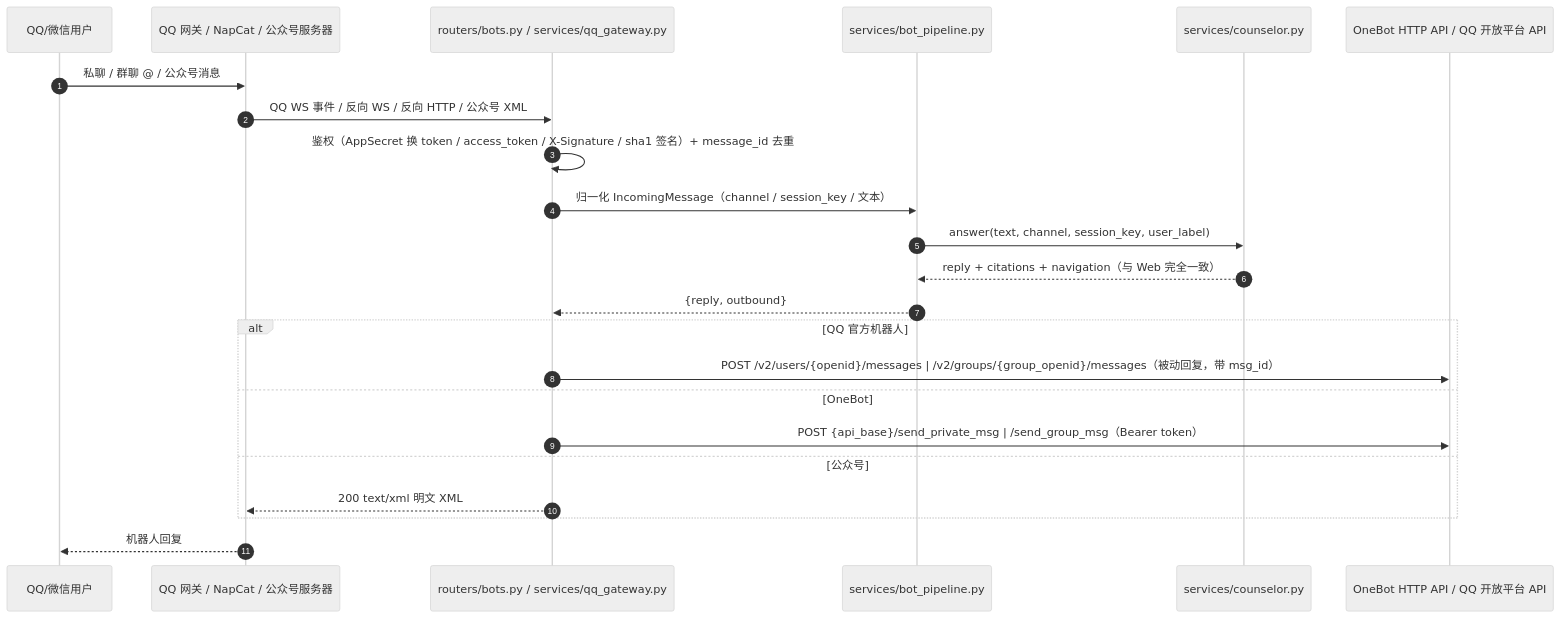
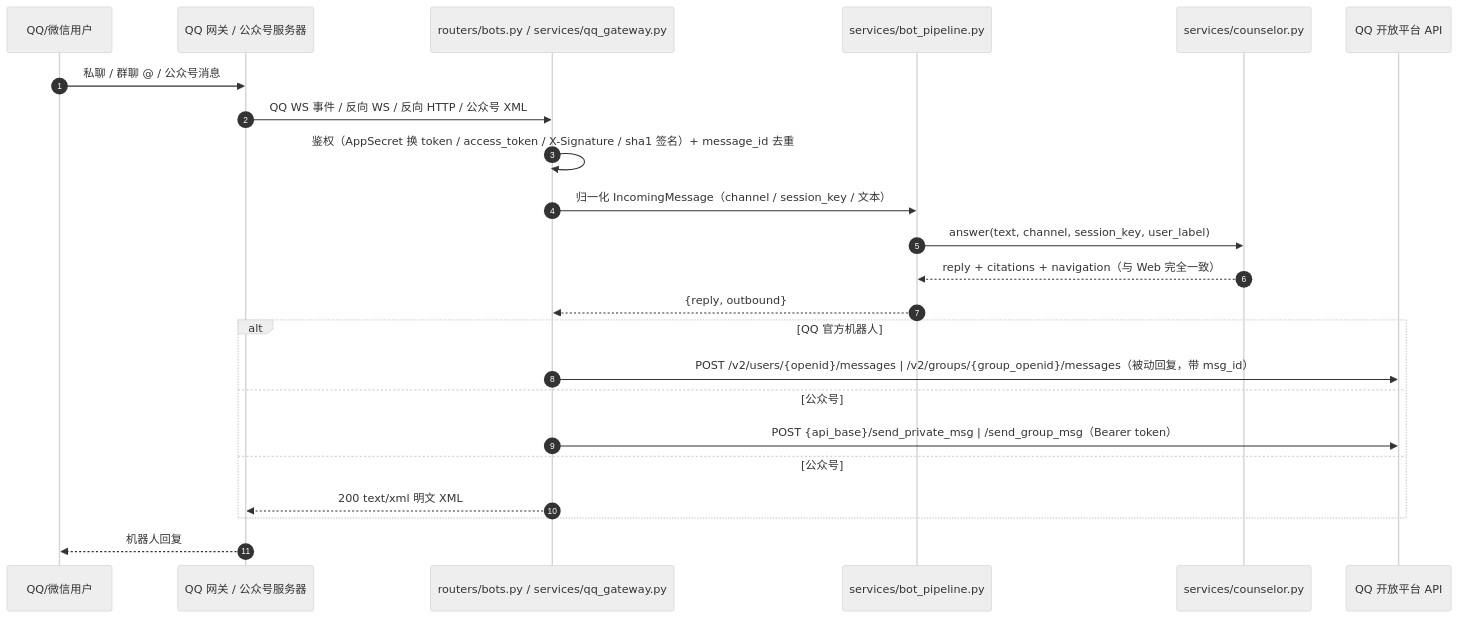
Before and after one commit to kaijiefeng/NPU-Assistant: the fourth of 5 diagrams in docs/ARCHITECTURE.md, drawn with Mermaid (neutral theme). The commit also changed other lines of this file and 78 other files, not shown here.

````diff
--- a/docs/ARCHITECTURE.md
+++ b/docs/ARCHITECTURE.md
@@ -187,26 +185,26 @@
 ```mermaid
 sequenceDiagram
     autonumber
     participant Q as QQ/微信用户
-    participant N as QQ 网关 / NapCat / 公众号服务器
+    participant N as QQ 网关 / 公众号服务器
     participant B as routers/bots.py / services/qq_gateway.py
     participant P as services/bot_pipeline.py
     participant S as services/counselor.py
-    participant A as OneBot HTTP API / QQ 开放平台 API
+    participant A as QQ 开放平台 API
 
     Q->>N: 私聊 / 群聊 @ / 公众号消息
     N->>B: QQ WS 事件 / 反向 WS / 反向 HTTP / 公众号 XML
     B->>B: 鉴权（AppSecret 换 token / access_token / X-Signature / sha1 签名）+ message_id 去重
     B->>P: 归一化 IncomingMessage（channel / session_key / 文本）
     P->>S: answer(text, channel, session_key, user_label)
     S-->>P: reply + citations + navigation（与 Web 完全一致）
     P-->>B: {reply, outbound}
     alt QQ 官方机器人
         B->>A: POST /v2/users/{openid}/messages | /v2/groups/{group_openid}/messages（被动回复，带 msg_id）
-    else OneBot
+    else 公众号
         B->>A: POST {api_base}/send_private_msg | /send_group_msg（Bearer token）
     else 公众号
         B-->>N: 200 text/xml 明文 XML
     end
     N-->>Q: 机器人回复
 ```
````
